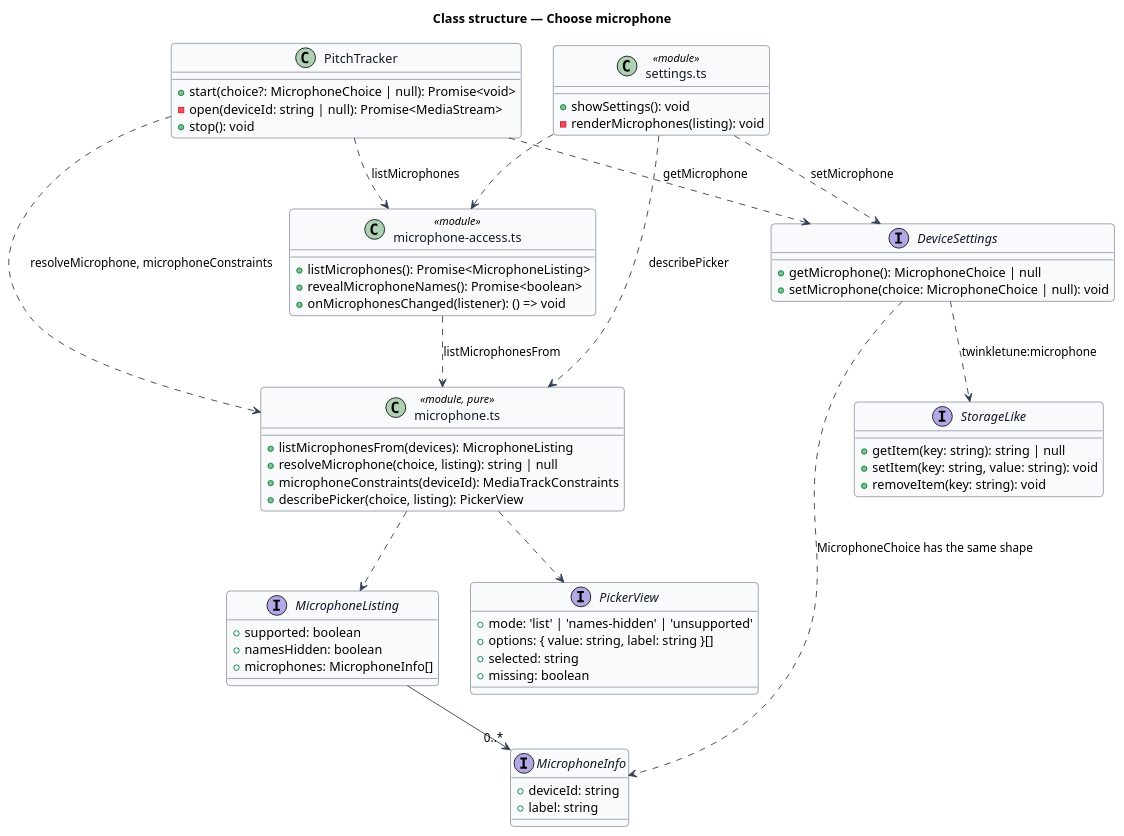
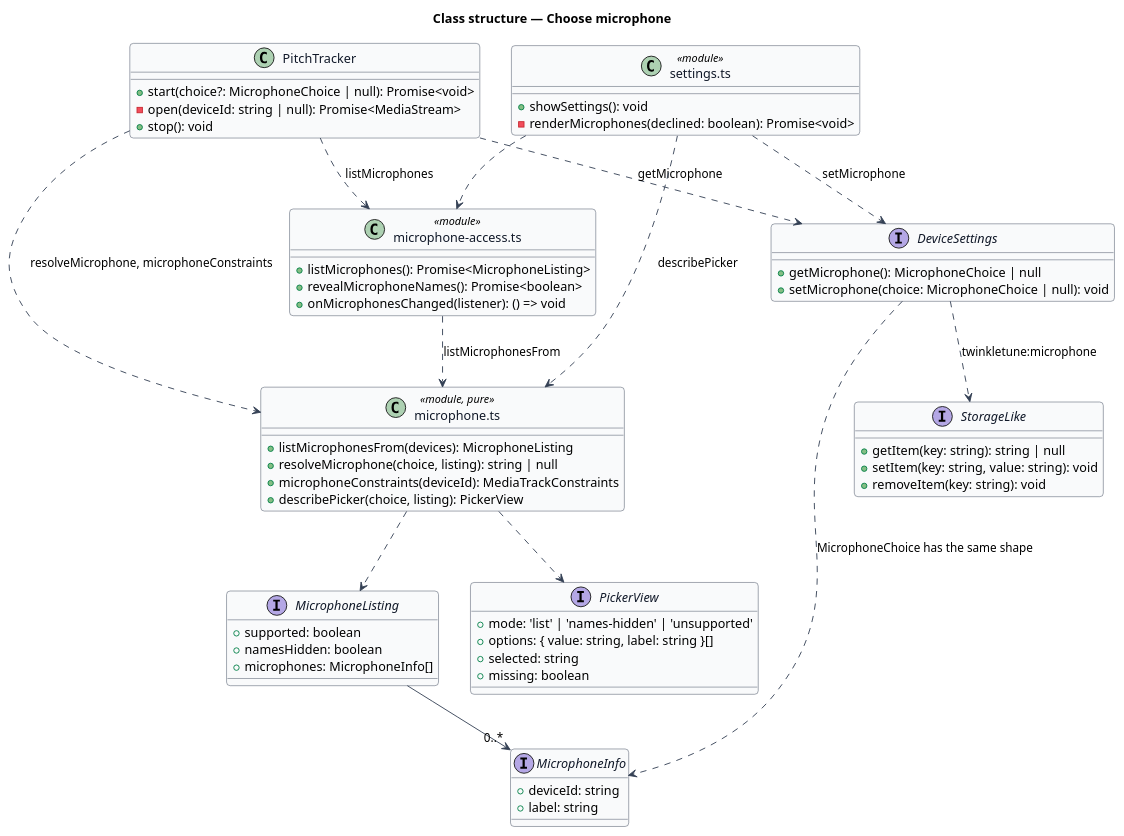
Before and after one commit to QuinntyneBrown/TwinkleTune: the diagram in docs/detailed-designs/grown-ups-corner/choose-microphone/diagrams/class-structure.puml, drawn with PlantUML. The commit also changed 3 other files, not shown here.

```diff
--- a/docs/detailed-designs/grown-ups-corner/choose-microphone/diagrams/class-structure.puml
+++ b/docs/detailed-designs/grown-ups-corner/choose-microphone/diagrams/class-structure.puml
@@ -1,81 +1,81 @@
 @startuml
 ' --- shared skin header ---
 skinparam backgroundColor #FFFFFF
 skinparam shadowing false
 skinparam roundcorner 8
 skinparam defaultFontName Arial
 skinparam ArrowColor #344054
 skinparam class {
   BorderColor #344054
   FontColor #101828
   BackgroundColor #F9FAFB
 }
 ' --------------------------
 title Class structure — Choose microphone
 
 interface MicrophoneInfo {
   +deviceId: string
   +label: string
 }
 
 interface MicrophoneListing {
   +supported: boolean
   +namesHidden: boolean
   +microphones: MicrophoneInfo[]
 }
 
 interface PickerView {
   +mode: 'list' | 'names-hidden' | 'unsupported'
   +options: { value: string, label: string }[]
   +selected: string
   +missing: boolean
 }
 
 class "microphone.ts" as Pure <<module, pure>> {
   +listMicrophonesFrom(devices): MicrophoneListing
   +resolveMicrophone(choice, listing): string | null
   +microphoneConstraints(deviceId): MediaTrackConstraints
   +describePicker(choice, listing): PickerView
 }
 
 class "microphone-access.ts" as Access <<module>> {
   +listMicrophones(): Promise<MicrophoneListing>
   +revealMicrophoneNames(): Promise<boolean>
   +onMicrophonesChanged(listener): () => void
 }
 
 interface DeviceSettings {
   +getMicrophone(): MicrophoneChoice | null
   +setMicrophone(choice: MicrophoneChoice | null): void
 }
 
 interface StorageLike {
   +getItem(key: string): string | null
   +setItem(key: string, value: string): void
   +removeItem(key: string): void
 }
 
 class PitchTracker {
   +start(choice?: MicrophoneChoice | null): Promise<void>
   -open(deviceId: string | null): Promise<MediaStream>
   +stop(): void
 }
 
 class "settings.ts" as SettingsMod <<module>> {
   +showSettings(): void
-  -renderMicrophones(listing): void
+  -renderMicrophones(declined: boolean): Promise<void>
 }
 
 MicrophoneListing --> "0..*" MicrophoneInfo
 Pure ..> MicrophoneListing
 Pure ..> PickerView
 Access ..> Pure : listMicrophonesFrom
 DeviceSettings ..> StorageLike : twinkletune:microphone
 DeviceSettings ..> MicrophoneInfo : MicrophoneChoice has the same shape
 PitchTracker ..> DeviceSettings : getMicrophone
 PitchTracker ..> Access : listMicrophones
 PitchTracker ..> Pure : resolveMicrophone, microphoneConstraints
 SettingsMod ..> DeviceSettings : setMicrophone
 SettingsMod ..> Access
 SettingsMod ..> Pure : describePicker
 @enduml
```
